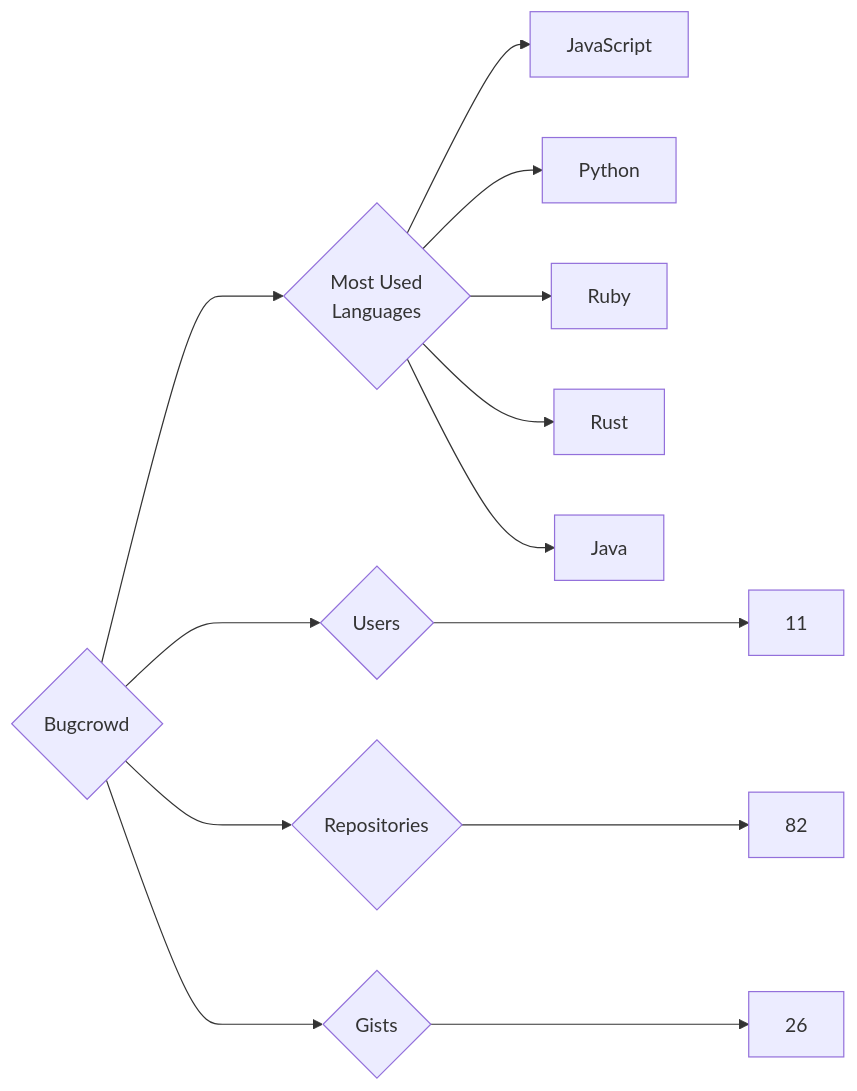
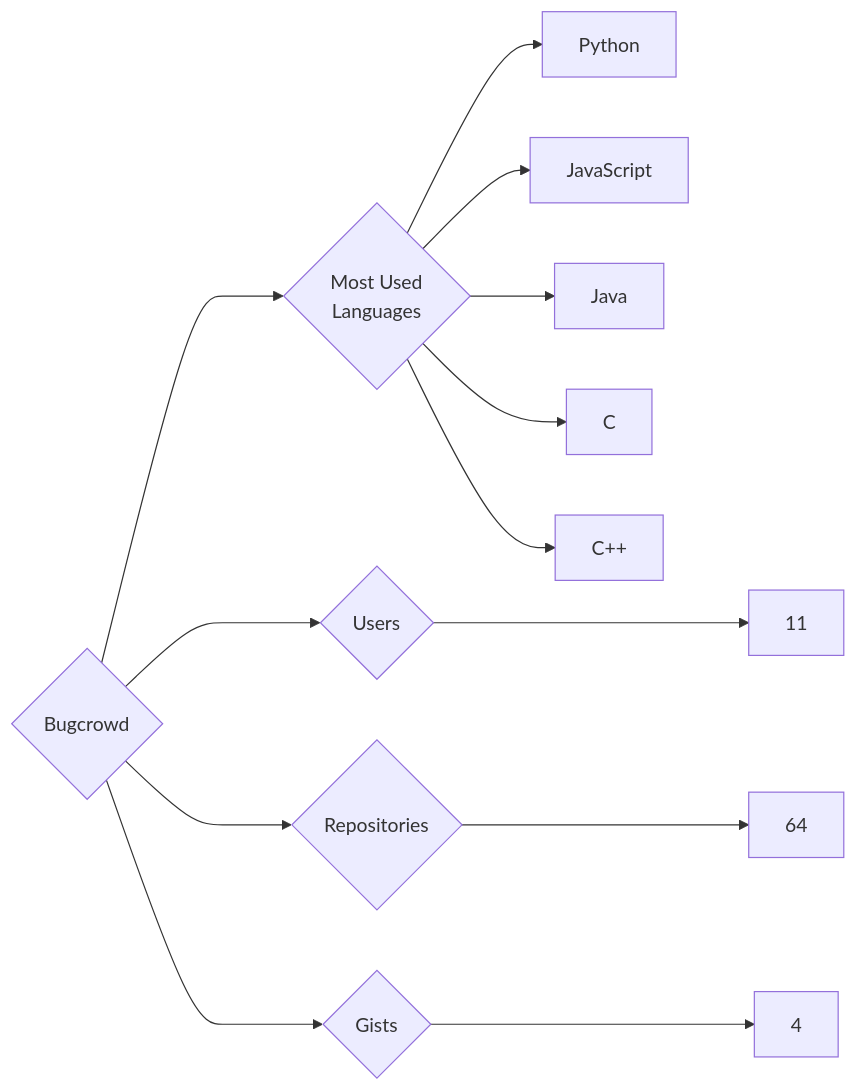
The diagram in targets/Bugcrowd/README.md (trickest/insiders), drawn with Mermaid before and after one commit. The commit also changed 724 other files, not shown here.

````diff
--- a/targets/Bugcrowd/README.md
+++ b/targets/Bugcrowd/README.md
@@ -3,13 +3,13 @@
 ```mermaid
 graph LR
 COMPANY_NAME{Bugcrowd}
 COMPANY_NAME ---> U{Users} ---> UN[11]
-COMPANY_NAME ---> R{Repositories} ---> RN[82]
-COMPANY_NAME ---> G{Gists} ---> GN[26]
+COMPANY_NAME ---> R{Repositories} ---> RN[64]
+COMPANY_NAME ---> G{Gists} ---> GN[4]
 COMPANY_NAME ---> ML{Most Used<br>Languages}
+ML --> Python[Python]
 ML --> JavaScript[JavaScript]
-ML --> Python[Python]
-ML --> Ruby[Ruby]
-ML --> Rust[Rust]
 ML --> Java[Java]
+ML --> C[C]
+ML --> C++[C++]
 ```
````
